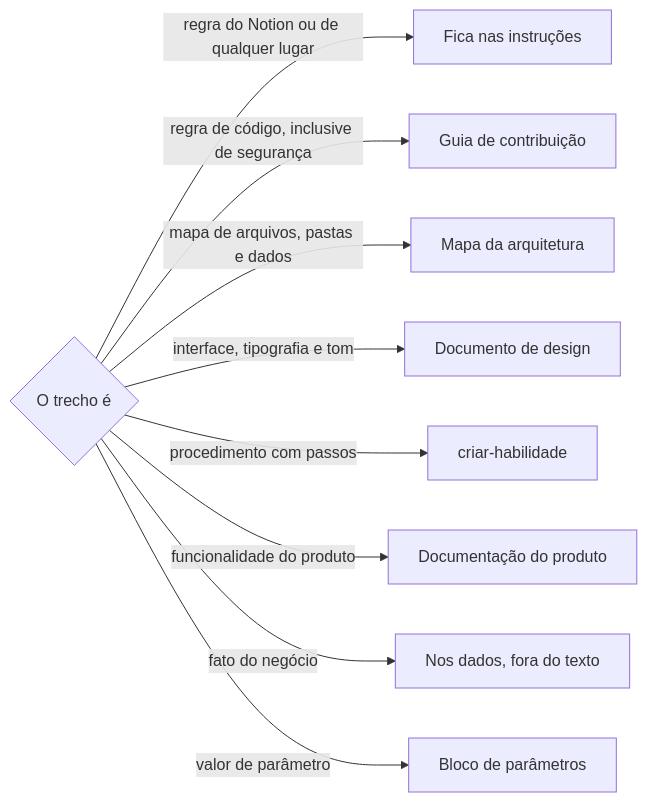
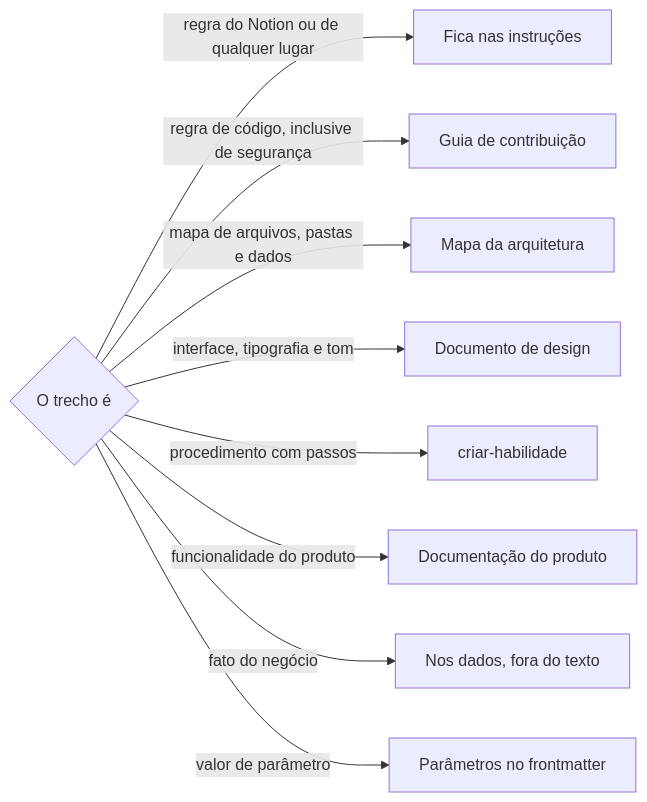
The diagram in .agents/skills/definir-instrucoes-do-projeto/SKILL.md (jimmyandrade/harness), drawn with Mermaid before and after one commit. The commit also changed other lines of this file and 22 other files, not shown here.

````diff
--- a/.agents/skills/definir-instrucoes-do-projeto/SKILL.md
+++ b/.agents/skills/definir-instrucoes-do-projeto/SKILL.md
@@ -33,11 +33,11 @@
 ```mermaid
 flowchart LR
   A{O trecho é} -->|regra do Notion ou de qualquer lugar| F[Fica nas instruções]
   A -->|regra de código, inclusive de segurança| C[Guia de contribuição]
   A -->|mapa de arquivos, pastas e dados| R[Mapa da arquitetura]
   A -->|interface, tipografia e tom| D[Documento de design]
   A -->|procedimento com passos| S[criar-habilidade]
   A -->|funcionalidade do produto| P[Documentação do produto]
   A -->|fato do negócio| N[Nos dados, fora do texto]
-  A -->|valor de parâmetro| B[Bloco de parâmetros]
+  A -->|valor de parâmetro| B[Parâmetros no frontmatter]
 ```
````
